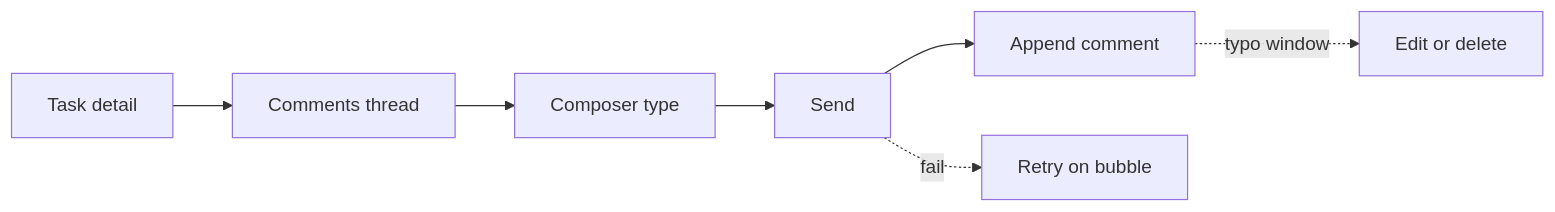
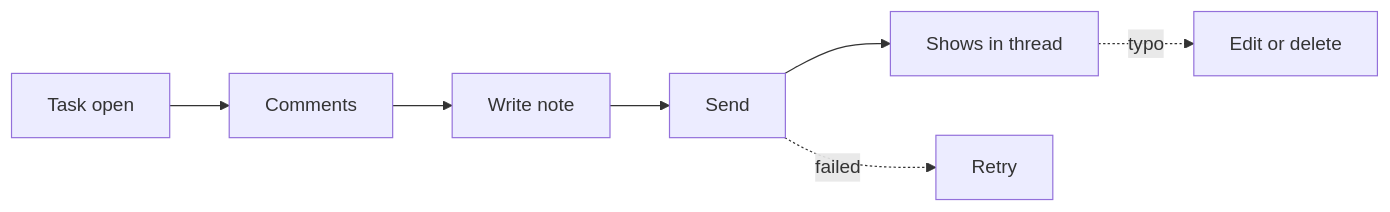
Before and after one commit to wildan-png/todoAppWorkflow-design: diagram 16 of 28 in research/user-journeys.md, drawn with Mermaid. The commit also changed other lines of this file, not shown here.

First line of the commit message:
docs: humanize user journey copy (Part A, steps, diagrams)

````diff
--- a/research/user-journeys.md
+++ b/research/user-journeys.md
@@ -634,9 +634,9 @@
 ```mermaid
 flowchart LR
-  D[Task detail] --> C[Comments thread]
-  C --> W[Composer type]
+  D[Task open] --> C[Comments]
+  C --> W[Write note]
   W --> S[Send]
-  S --> L[Append comment]
-  S -.->|fail| E[Retry on bubble]
-  L -.->|typo window| EDIT[Edit or delete]
+  S --> L[Shows in thread]
+  S -.->|failed| E[Retry]
+  L -.->|typo| EDIT[Edit or delete]
 ```
````
